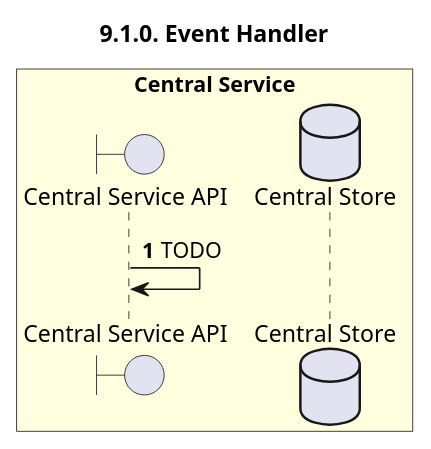
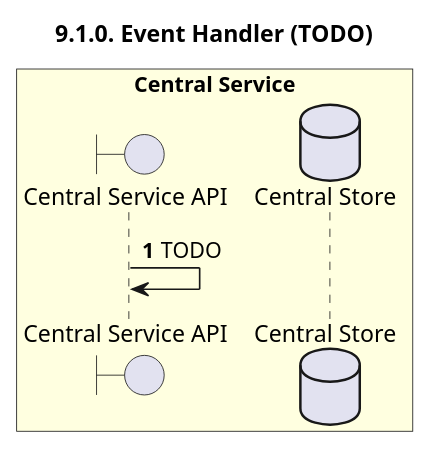
The diagram in CentralServices/seq_diagrams/seq-event-9.1.0.plantuml (ggrg/docs), drawn with PlantUML before and after one commit. The commit also changed 17 other files, not shown here.

```diff
--- a/CentralServices/seq_diagrams/seq-event-9.1.0.plantuml
+++ b/CentralServices/seq_diagrams/seq-event-9.1.0.plantuml
@@ -1,25 +1,25 @@
 @startuml
 ' declate title
-title 9.1.0. Event Handler
+title 9.1.0. Event Handler (TODO)
 
 autonumber
 
 ' Actor Keys:
 '   boundary - APIs/Interfaces, etc
 '   collections - Kafka Topics
 '   control - Kafka Consumers
 '   entity - Database Access Objects
 '   database - Database Persistance Store
 
 ' declare actors
 boundary "Central Service API" as CSAPI
 database "Central Store" as DB
 
 box "Central Service" #LightYellow
     participant CSAPI
     participant DB
 end box
 
 CSAPI -> CSAPI: TODO
 
 @enduml
```
